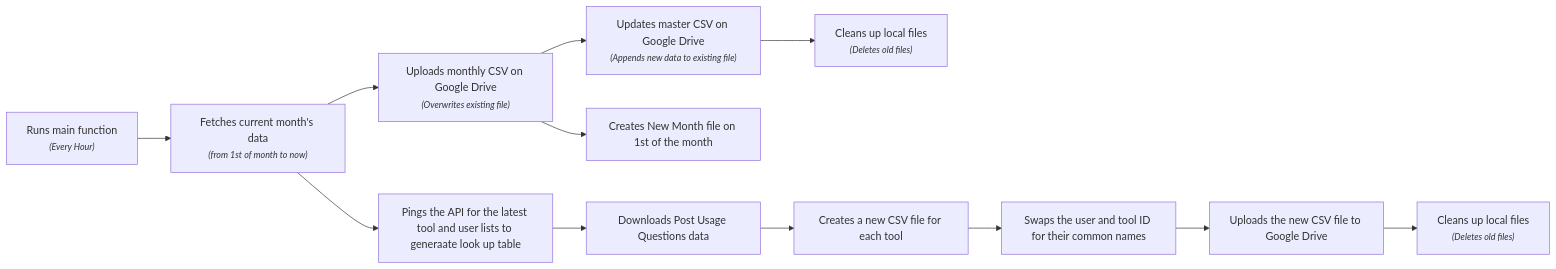
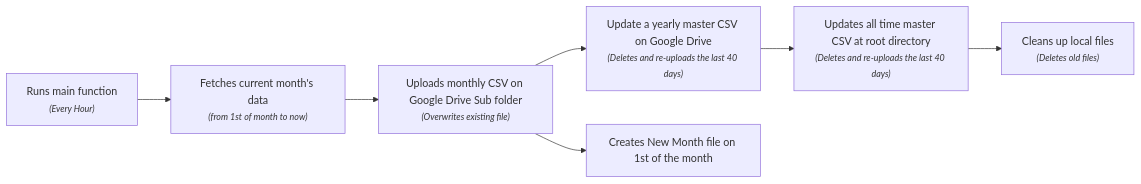
The diagram in src/coding/nemo-to-drive.md (alexanderenrique/alexanderenrique.github.io), drawn with Mermaid before and after one commit. The commit also changed other lines of this file and 11 other files, not shown here.

```diff
--- a/src/coding/nemo-to-drive.md
+++ b/src/coding/nemo-to-drive.md
@@ -24,15 +24,10 @@
 {% mermaid %}
 graph LR
     A["Runs main function<br><small><i>(Every Hour)</i></small>"]
   A --> B["Fetches current month's data<br><small><i>(from 1st of month to now)</i></small>"]
-  B --> C["Uploads monthly CSV on Google Drive<br><small><i>(Overwrites existing file)</i></small>"]
-  C --> D["Updates master CSV on Google Drive<br><small><i>(Appends new data to existing file)</i></small>"]
-  D --> E["Cleans up local files<br><small><i>(Deletes old files)</i></small>"]
+  B --> C["Uploads monthly CSV on Google Drive Sub folder<br><small><i>(Overwrites existing file)</i></small>"]
+  C --> D["Update a yearly master CSV on Google Drive<br><small><i>(Deletes and re-uploads the last 40 days)</i></small>"]
+  D --> E["Updates all time master CSV at root directory<br><small><i>(Deletes and re-uploads the last 40 days)</i></small>"]
   C --> F["Creates New Month file on 1st of the month"]
-  B --> G["Pings the API for the latest tool and user lists to generaate look up table"]
-  G --> H["Downloads Post Usage Questions data"]
-  H --> I["Creates a new CSV file for each tool"]
-  I --> J["Swaps the user and tool ID for their common names"]
-  J --> K["Uploads the new CSV file to Google Drive"]
-  K --> L["Cleans up local files<br><small><i>(Deletes old files)</i></small>"]
+  E --> G["Cleans up local files<br><small><i>(Deletes old files)</i></small>"]
 {% endmermaid %}
```
